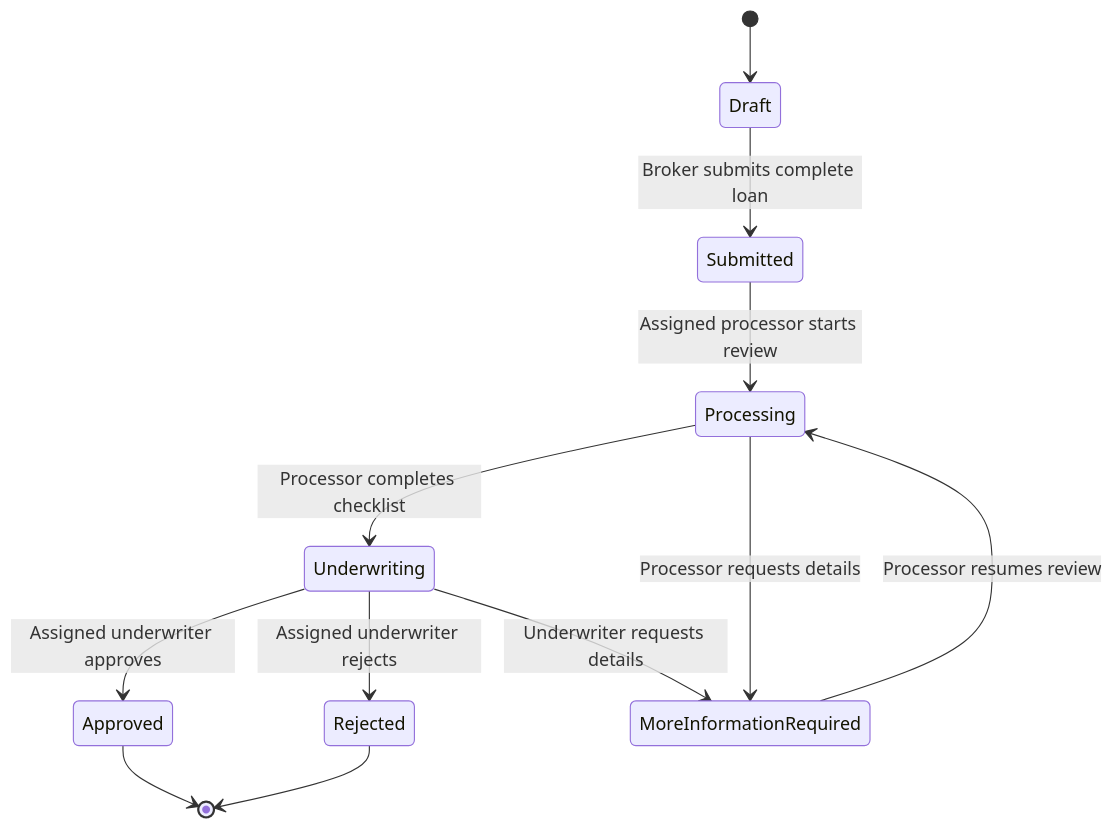
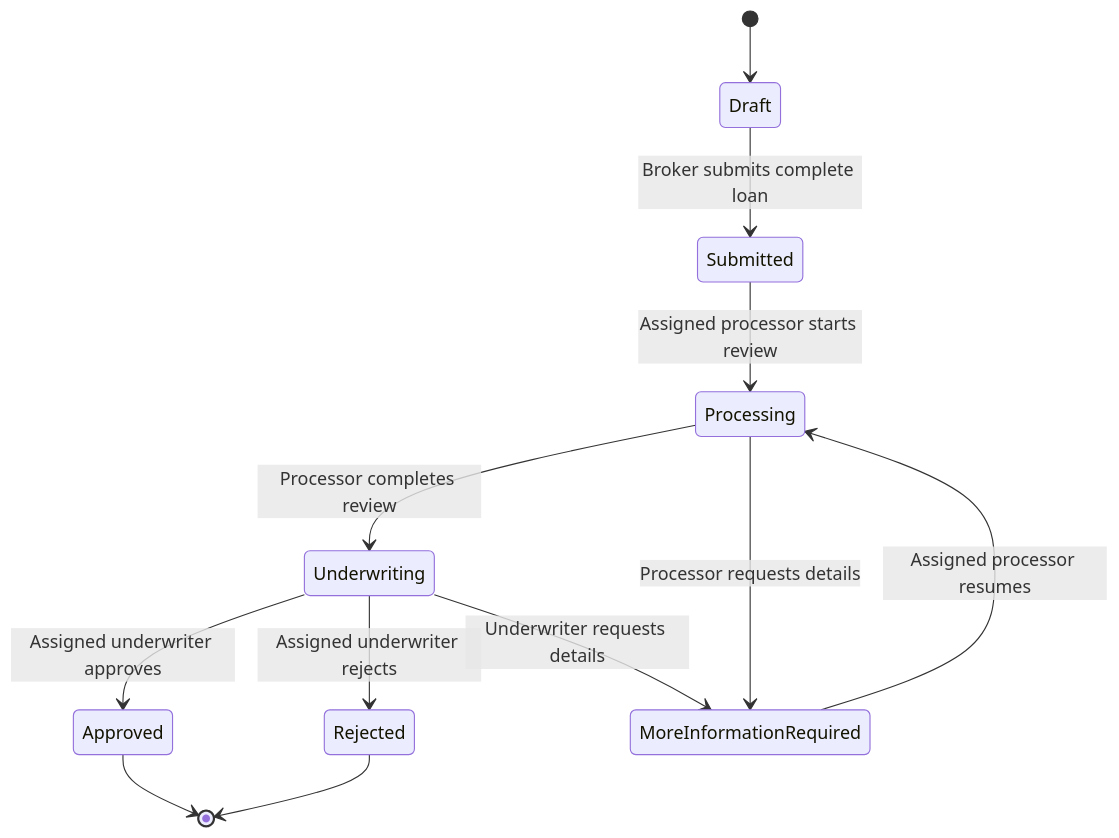
One commit to kashankwork/MortgageFlow changed the second of 4 diagrams in docs/architecture/README.md. Above: the diagram before and after it, drawn with Mermaid. The commit also changed other lines of this file and 19 other files, not shown here.

````diff
--- a/docs/architecture/README.md
+++ b/docs/architecture/README.md
@@ -23,14 +27,14 @@
 ```mermaid
 stateDiagram-v2
     [*] --> Draft
     Draft --> Submitted: Broker submits complete loan
     Submitted --> Processing: Assigned processor starts review
-    Processing --> Underwriting: Processor completes checklist
+    Processing --> Underwriting: Processor completes review
     Processing --> MoreInformationRequired: Processor requests details
-    MoreInformationRequired --> Processing: Processor resumes review
+    MoreInformationRequired --> Processing: Assigned processor resumes
     Underwriting --> Approved: Assigned underwriter approves
     Underwriting --> Rejected: Assigned underwriter rejects
     Underwriting --> MoreInformationRequired: Underwriter requests details
     Approved --> [*]
     Rejected --> [*]
 ```
````
